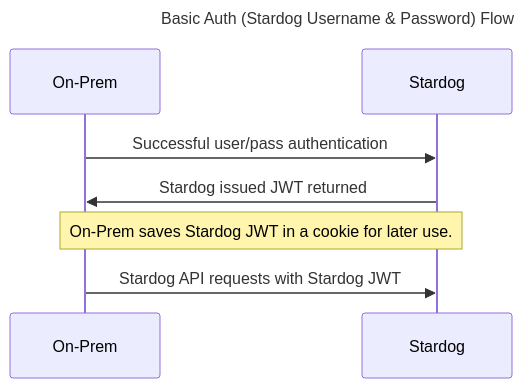
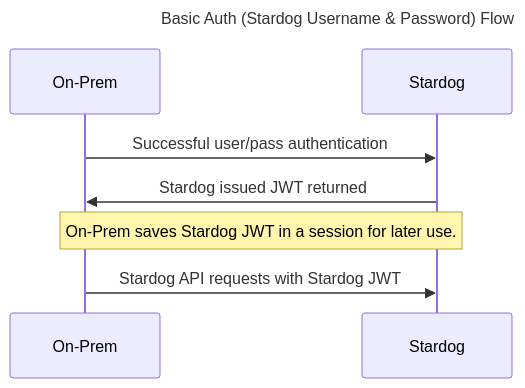
The first of 2 diagrams in README.md (stardog-union/launchpad-docs), drawn with Mermaid before and after one commit. The commit also changed other lines of this file and 15 other files, not shown here.

````diff
--- a/README.md
+++ b/README.md
@@ -26,8 +28,8 @@
 ```mermaid
 sequenceDiagram
   title Basic Auth (Stardog Username & Password) Flow
   On-Prem->>Stardog: Successful user/pass authentication
   Stardog->>On-Prem: Stardog issued JWT returned
-  Note over Stardog,On-Prem: On-Prem saves Stardog JWT in a cookie for later use.
+  Note over Stardog,On-Prem: On-Prem saves Stardog JWT in a session for later use.
   On-Prem->>Stardog: Stardog API requests with Stardog JWT 
 ```
````
